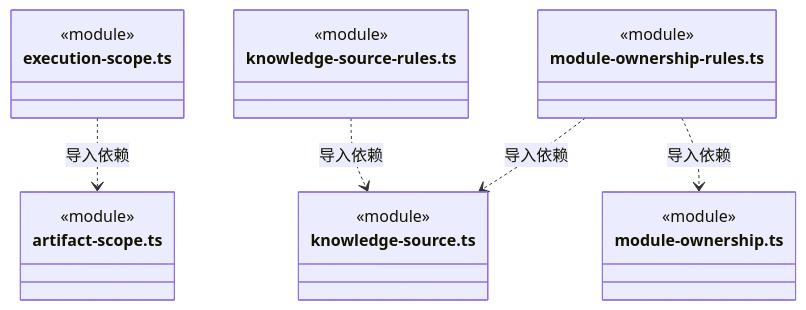
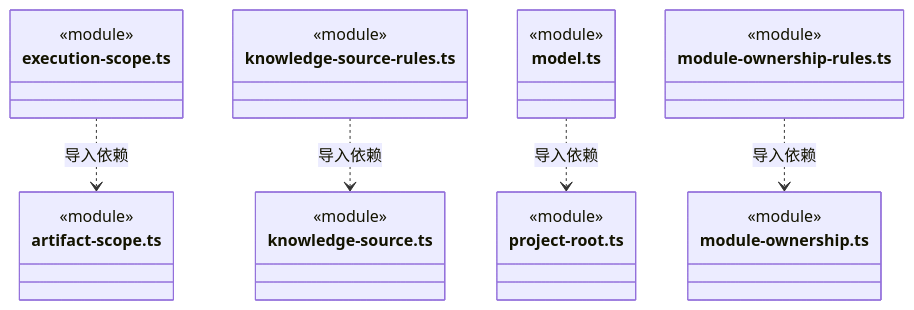
Diagram 35 of 38 in src/backend/core/workspace/ARCHITECTURE.md (nan023062/cbim), drawn with Mermaid before and after one commit. The commit also changed other lines of this file and 45 other files, not shown here.

Commit message:
feat: allow direct Auto work and persistent project root (#14)

````diff
--- a/src/backend/core/workspace/ARCHITECTURE.md
+++ b/src/backend/core/workspace/ARCHITECTURE.md
@@ -769,25 +779,31 @@
 ```mermaid
 classDiagram
 class N_src_backend_core_workspace_execution_scope_ts["execution-scope.ts"] {
   <<module>>
 }
 class N_src_backend_core_workspace_artifact_scope_ts["artifact-scope.ts"] {
   <<module>>
 }
 class N_src_backend_core_workspace_knowledge_source_rules_ts["knowledge-source-rules.ts"] {
   <<module>>
 }
 class N_src_backend_core_workspace_knowledge_source_ts["knowledge-source.ts"] {
   <<module>>
 }
+class N_src_backend_core_workspace_model_ts["model.ts"] {
+  <<module>>
+}
+class N_src_backend_core_workspace_project_root_ts["project-root.ts"] {
+  <<module>>
+}
 class N_src_backend_core_workspace_module_ownership_rules_ts["module-ownership-rules.ts"] {
   <<module>>
 }
 class N_src_backend_core_workspace_module_ownership_ts["module-ownership.ts"] {
   <<module>>
 }
 N_src_backend_core_workspace_execution_scope_ts ..> N_src_backend_core_workspace_artifact_scope_ts : 导入依赖
 N_src_backend_core_workspace_knowledge_source_rules_ts ..> N_src_backend_core_workspace_knowledge_source_ts : 导入依赖
+N_src_backend_core_workspace_model_ts ..> N_src_backend_core_workspace_project_root_ts : 导入依赖
 N_src_backend_core_workspace_module_ownership_rules_ts ..> N_src_backend_core_workspace_module_ownership_ts : 导入依赖
-N_src_backend_core_workspace_module_ownership_rules_ts ..> N_src_backend_core_workspace_knowledge_source_ts : 导入依赖
 ```
````
